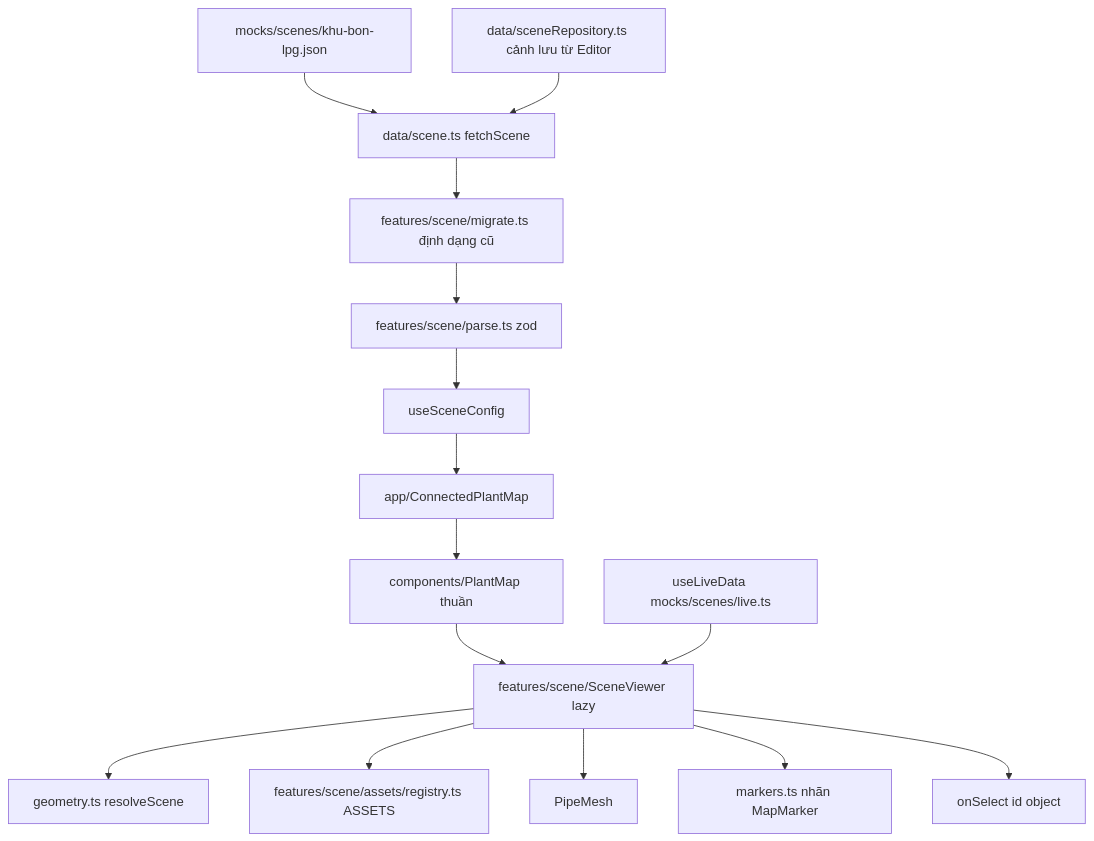
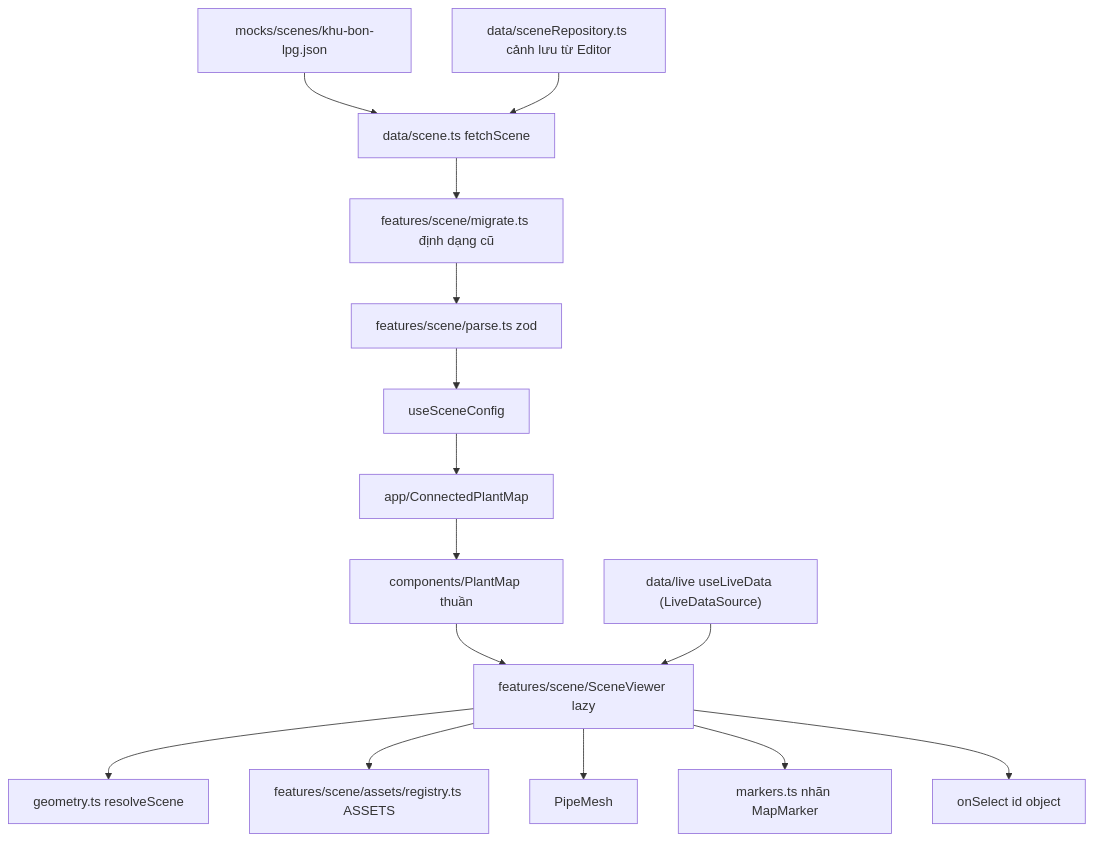
Before and after one commit to tuanpq-dev/demo-lpg: the sixth of 9 diagrams in GUIDE.md, drawn with Mermaid. The commit also changed other lines of this file and 1 other file, not shown here.

Commit message:
docs: live data flow (GUIDE 4b/5/8) and CLAUDE.md conventions

````diff
--- a/GUIDE.md
+++ b/GUIDE.md
@@ -226,17 +257,17 @@
 ```mermaid
 flowchart TD
   JSON["mocks/scenes/khu-bon-lpg.json"] --> FETCH["data/scene.ts fetchScene"]
   REPO["data/sceneRepository.ts cảnh lưu từ Editor"] --> FETCH
   FETCH --> MIG["features/scene/migrate.ts định dạng cũ"]
   MIG --> ZOD["features/scene/parse.ts zod"]
   ZOD --> HOOK["useSceneConfig"]
   HOOK --> CPM["app/ConnectedPlantMap"]
   CPM --> PM["components/PlantMap thuần"]
   PM --> SV["features/scene/SceneViewer lazy"]
   SV --> GEO["geometry.ts resolveScene"]
   SV --> REG["features/scene/assets/registry.ts ASSETS"]
   SV --> PIPE["PipeMesh"]
   SV --> MARK["markers.ts nhãn MapMarker"]
-  LIVE["useLiveData mocks/scenes/live.ts"] --> SV
+  LIVE["data/live useLiveData (LiveDataSource)"] --> SV
   SV --> SEL["onSelect id object"]
 ```
````
